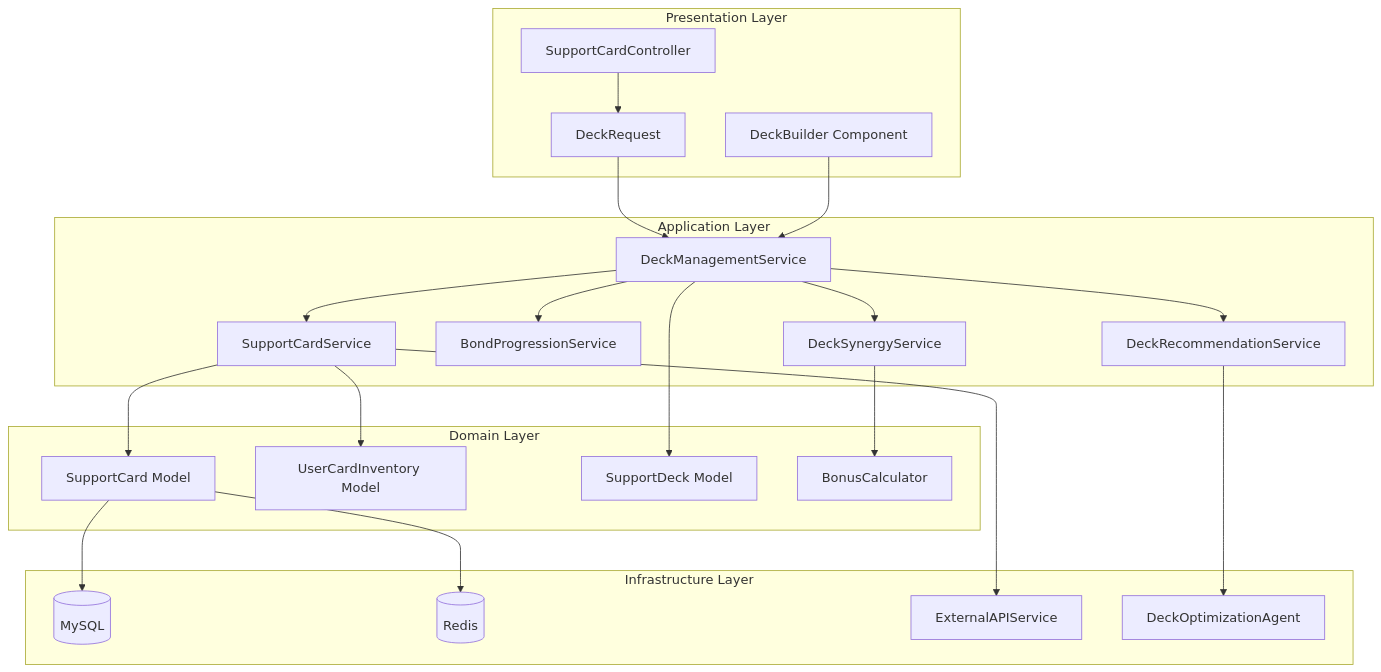
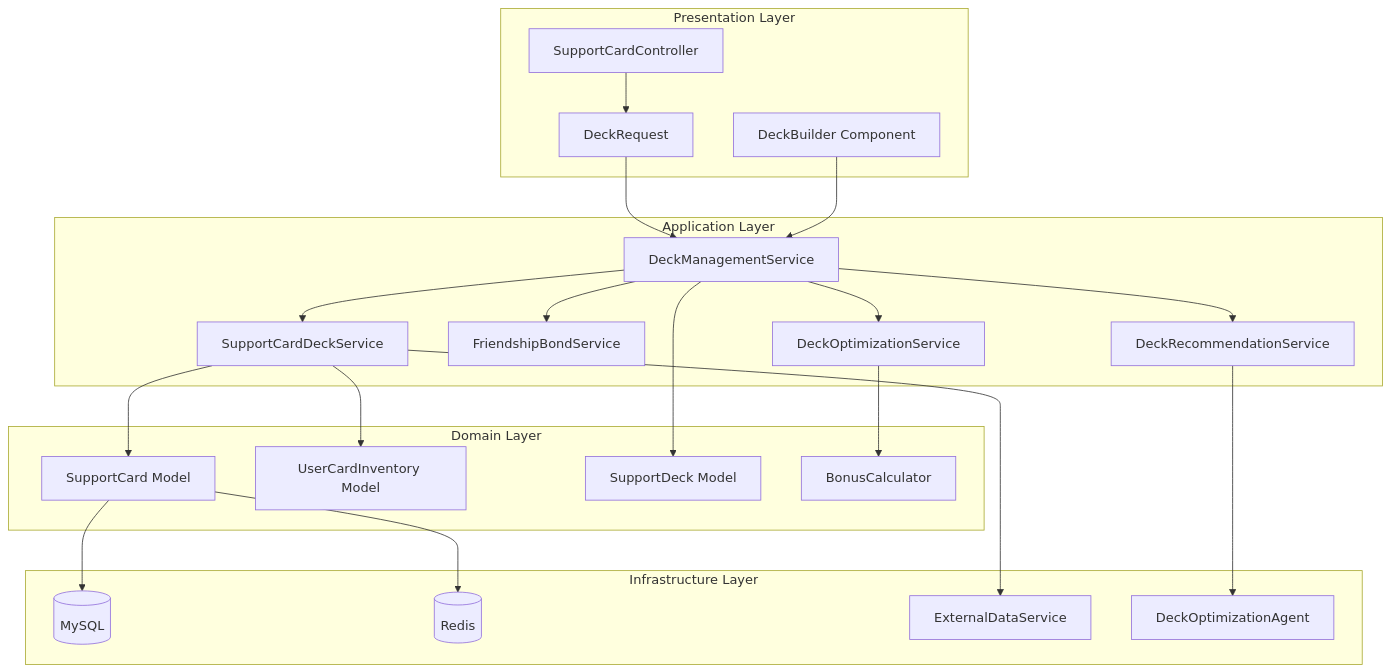
One commit to exatfrds67/umamusume-career-planner changed the diagram in docs/02-specs/SPEC-005_Support_Card_Management_Technical.md. Above: the diagram before and after it, drawn with Mermaid. The commit also changed other lines of this file and 111 other files, not shown here.

````diff
--- a/docs/02-specs/SPEC-005_Support_Card_Management_Technical.md
+++ b/docs/02-specs/SPEC-005_Support_Card_Management_Technical.md
@@ -137,51 +137,51 @@
 ```mermaid
 graph TB
     subgraph "Presentation Layer"
         API[SupportCardController]
         Livewire[DeckBuilder Component]
         FormRequest[DeckRequest]
     end
 
     subgraph "Application Layer"
-        CardSvc[SupportCardService]
+        CardSvc[SupportCardDeckService]
         DeckSvc[DeckManagementService]
-        BondSvc[BondProgressionService]
-        SynergySvc[DeckSynergyService]
+        BondSvc[FriendshipBondService]
+        SynergySvc[DeckOptimizationService]
         RecommendSvc[DeckRecommendationService]
     end
 
     subgraph "Domain Layer"
         CardModel[SupportCard Model]
         InventoryModel[UserCardInventory Model]
         DeckModel[SupportDeck Model]
         BonusCalc[BonusCalculator]
     end
 
     subgraph "Infrastructure Layer"
         DB[(MySQL)]
         Cache[(Redis)]
-        External[ExternalAPIService]
+        External[ExternalDataService]
         NeuronAI[DeckOptimizationAgent]
     end
 
     API --> FormRequest
     FormRequest --> DeckSvc
     Livewire --> DeckSvc
     
     DeckSvc --> CardSvc
     DeckSvc --> BondSvc
     DeckSvc --> SynergySvc
     DeckSvc --> RecommendSvc
     
     RecommendSvc --> NeuronAI
     SynergySvc --> BonusCalc
     
     CardSvc --> CardModel
     CardSvc --> InventoryModel
     DeckSvc --> DeckModel
     
     CardModel --> DB
     CardModel --> Cache
     
     CardSvc --> External
 ```
````
